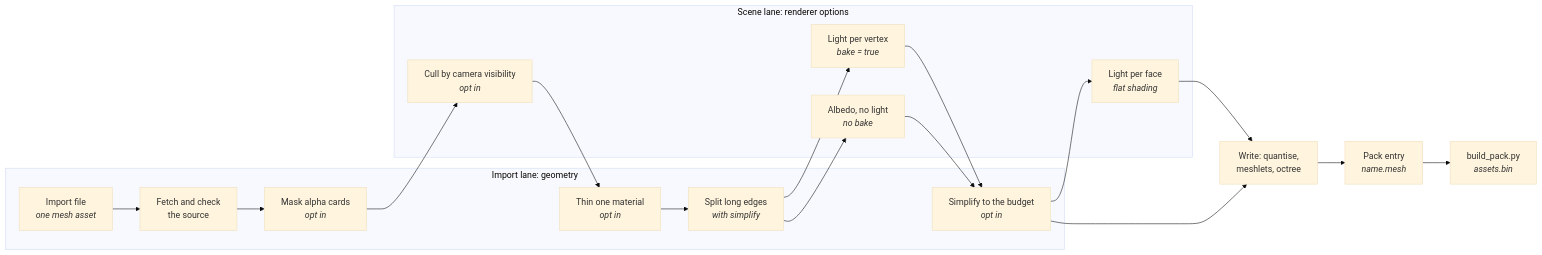
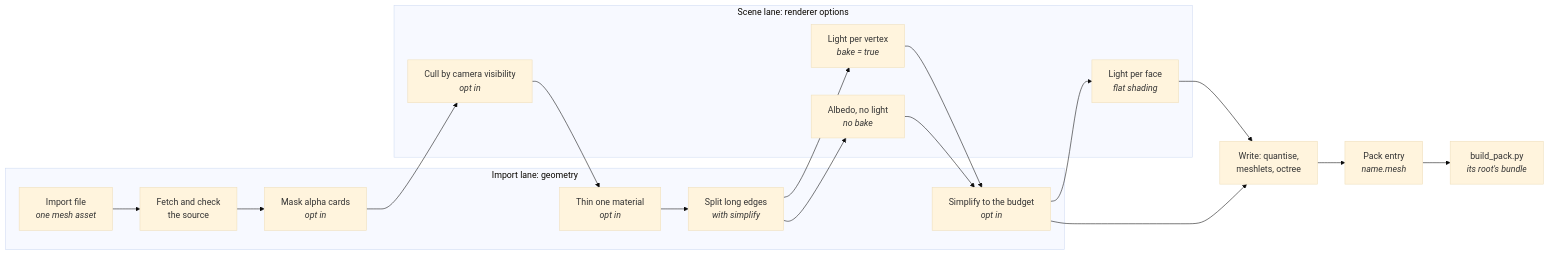
The first of 2 diagrams in docs/render/Mesh-Import.md (jose-villegas/autana), drawn with Mermaid (base theme) before and after one commit. The commit also changed other lines of this file and 37 other files, not shown here.

First line of the commit message:
asset: bundles, one pack per root asset, replace the single pack

````diff
--- a/docs/render/Mesh-Import.md
+++ b/docs/render/Mesh-Import.md
@@ -7,23 +7,23 @@
 ```mermaid
 flowchart LR
     subgraph Import_lane["Import lane: geometry"]
     Import["Import file<br/><i>one mesh asset</i>"] --> Fetch["Fetch and check<br/>the source"]
     Mask["Mask alpha cards<br/><i>opt in</i>"]
     Thin["Thin one material<br/><i>opt in</i>"]
     Dense["Split long edges<br/><i>with simplify</i>"]
     Simp["Simplify to the budget<br/><i>opt in</i>"]
     end
     subgraph Scene_lane["Scene lane: renderer options"]
     Vis["Cull by camera visibility<br/><i>opt in</i>"]
     Lit["Light per vertex<br/><i>bake = true</i>"]
     Albedo["Albedo, no light<br/><i>no bake</i>"]
     Face["Light per face<br/><i>flat shading</i>"]
     end
     Fetch --> Mask --> Vis --> Thin --> Dense
     Dense --> Lit --> Simp
     Dense --> Albedo --> Simp
     Simp --> Face --> Write["Write: quantise,<br/>meshlets, octree"]
     Simp --> Write
     Write --> Entry["Pack entry<br/><i>name.mesh</i>"]
-    Entry --> Pack["build_pack.py<br/><i>assets.bin</i>"]
+    Entry --> Pack["build_pack.py<br/><i>its root's bundle</i>"]
 ```
````
